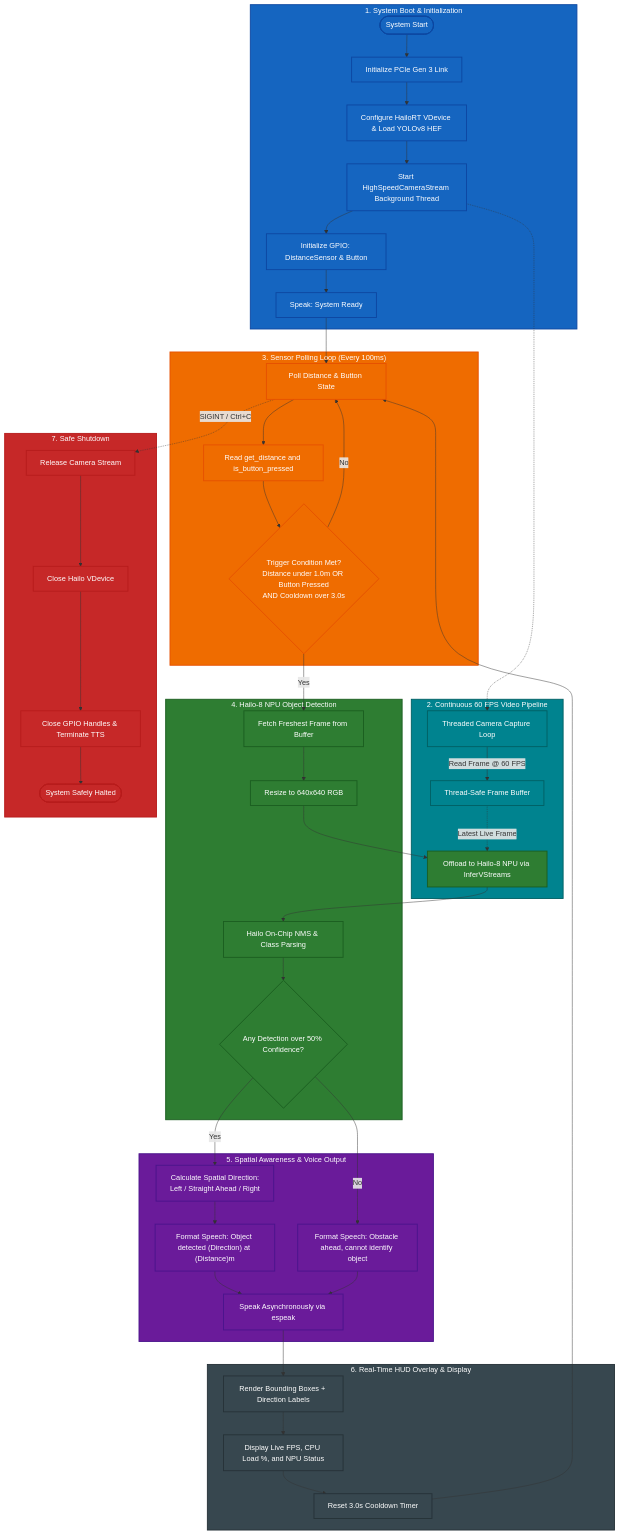
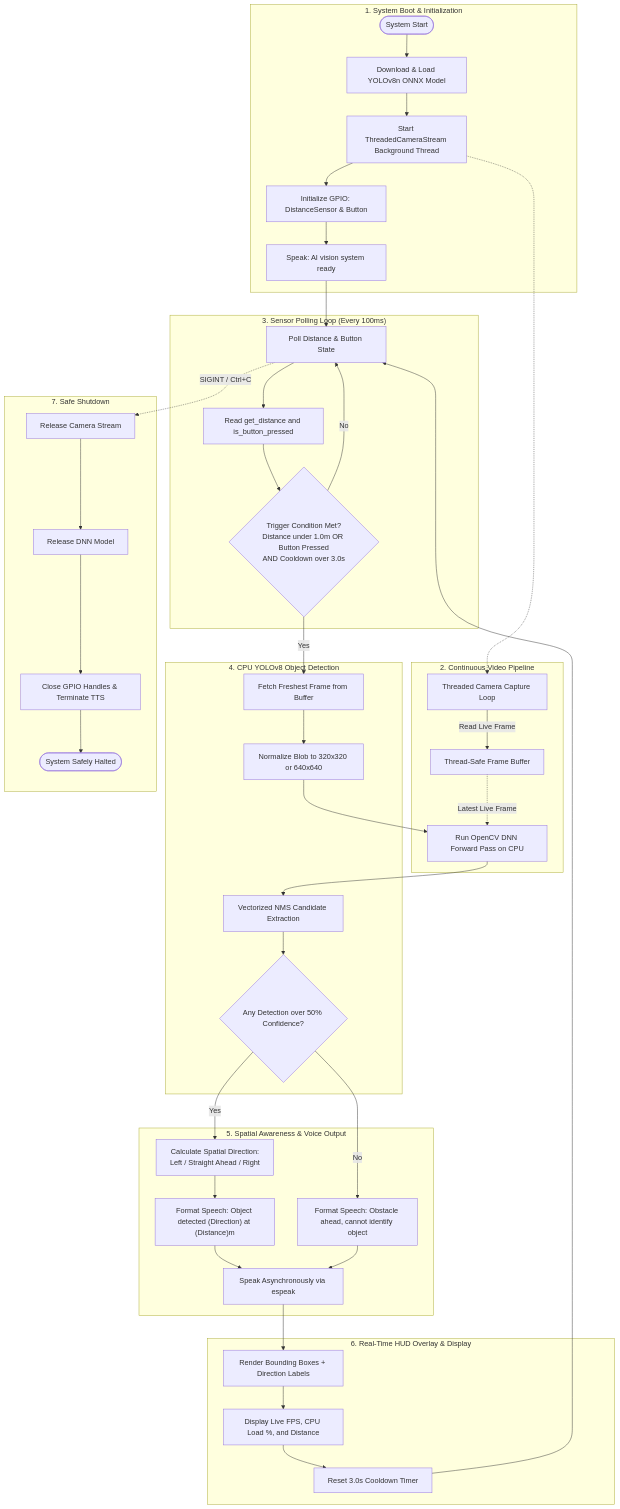
One commit to rootnode-rebels/object-detection changed the second of 2 diagrams in README.md. Above: the diagram before and after it, drawn with Mermaid. The commit also changed other lines of this file and 7 other files, not shown here.

Commit message:
refactor: remove NPU dependency and switch to CPU-optimized YOLOv8 architecture

````diff
--- a/README.md
+++ b/README.md
@@ -147,70 +137,53 @@
 ```mermaid
 flowchart TD
     subgraph Initialization ["1. System Boot & Initialization"]
-        INIT_START(["System Start"]) --> PCIE_INIT["Initialize PCIe Gen 3 Link"]
-        PCIE_INIT --> HAILO_INIT["Configure HailoRT VDevice & Load YOLOv8 HEF"]
-        HAILO_INIT --> CAM_INIT["Start HighSpeedCameraStream Background Thread"]
+        INIT_START(["System Start"]) --> YOLO_INIT["Download & Load YOLOv8n ONNX Model"]
+        YOLO_INIT --> CAM_INIT["Start ThreadedCameraStream Background Thread"]
         CAM_INIT --> GPIO_INIT["Initialize GPIO: DistanceSensor & Button"]
-        GPIO_INIT --> READY_VOICE["Speak: System Ready"]
+        GPIO_INIT --> READY_VOICE["Speak: AI vision system ready"]
     end
 
-    subgraph Streaming ["2. Continuous 60 FPS Video Pipeline"]
+    subgraph Streaming ["2. Continuous Video Pipeline"]
         CAM_INIT -.-> CAM_LOOP["Threaded Camera Capture Loop"]
-        CAM_LOOP -->|"Read Frame @ 60 FPS"| BUFFER["Thread-Safe Frame Buffer"]
-        BUFFER -.->|"Latest Live Frame"| NPU_INFER
+        CAM_LOOP -->|"Read Live Frame"| BUFFER["Thread-Safe Frame Buffer"]
+        BUFFER -.->|"Latest Live Frame"| CPU_INFER
     end
 
     subgraph Polling ["3. Sensor Polling Loop (Every 100ms)"]
         READY_VOICE --> LOOP_START["Poll Distance & Button State"]
         LOOP_START --> READ_SENSORS["Read get_distance and is_button_pressed"]
         READ_SENSORS --> TRIGGER_CHECK{"Trigger Condition Met?<br/>Distance under 1.0m OR Button Pressed<br/>AND Cooldown over 3.0s"}
     end
 
     TRIGGER_CHECK -- No --> LOOP_START
 
-    subgraph AI_Inference ["4. Hailo-8 NPU Object Detection"]
+    subgraph AI_Inference ["4. CPU YOLOv8 Object Detection"]
         TRIGGER_CHECK -- Yes --> GRAB_FRAME["Fetch Freshest Frame from Buffer"]
-        GRAB_FRAME --> RESIZE["Resize to 640x640 RGB"]
-        RESIZE --> NPU_INFER["Offload to Hailo-8 NPU via InferVStreams"]
-        NPU_INFER --> NMS["Hailo On-Chip NMS & Class Parsing"]
+        GRAB_FRAME --> RESIZE["Normalize Blob to 320x320 or 640x640"]
+        RESIZE --> CPU_INFER["Run OpenCV DNN Forward Pass on CPU"]
+        CPU_INFER --> NMS["Vectorized NMS Candidate Extraction"]
         NMS --> FILTER_CONF{"Any Detection over 50% Confidence?"}
     end
 
     subgraph Audio_Feedback ["5. Spatial Awareness & Voice Output"]
         FILTER_CONF -- Yes --> CALC_DIR["Calculate Spatial Direction:<br/>Left / Straight Ahead / Right"]
         CALC_DIR --> FORMAT_ALERT["Format Speech: Object detected (Direction) at (Distance)m"]
         FILTER_CONF -- No --> FORMAT_GENERIC["Format Speech: Obstacle ahead, cannot identify object"]
         FORMAT_ALERT --> SPEAK_ASYNC["Speak Asynchronously via espeak"]
         FORMAT_GENERIC --> SPEAK_ASYNC
     end
 
     subgraph Telemetry ["6. Real-Time HUD Overlay & Display"]
         SPEAK_ASYNC --> OVERLAY["Render Bounding Boxes + Direction Labels"]
-        OVERLAY --> HUD["Display Live FPS, CPU Load %, and NPU Status"]
+        OVERLAY --> HUD["Display Live FPS, CPU Load %, and Distance"]
         HUD --> RESET_TIMER["Reset 3.0s Cooldown Timer"]
         RESET_TIMER --> LOOP_START
     end
 
     subgraph Teardown ["7. Safe Shutdown"]
         LOOP_START -.->|"SIGINT / Ctrl+C"| CLEANUP["Release Camera Stream"]
-        CLEANUP --> CLOSE_HAILO["Close Hailo VDevice"]
-        CLOSE_HAILO --> CLOSE_GPIO["Close GPIO Handles & Terminate TTS"]
+        CLEANUP --> CLOSE_NET["Release DNN Model"]
+        CLOSE_NET --> CLOSE_GPIO["Close GPIO Handles & Terminate TTS"]
         CLOSE_GPIO --> EXIT(["System Safely Halted"])
     end
-
-    classDef init fill:#1565c0,stroke:#0d47a1,stroke-width:2px,color:#fff;
-    classDef stream fill:#00838f,stroke:#006064,stroke-width:2px,color:#fff;
-    classDef poll fill:#ef6c00,stroke:#e65100,stroke-width:2px,color:#fff;
-    classDef ai fill:#2e7d32,stroke:#1b5e20,stroke-width:2px,color:#fff;
-    classDef voice fill:#6a1b9a,stroke:#4a148c,stroke-width:2px,color:#fff;
-    classDef tele fill:#37474f,stroke:#263238,stroke-width:2px,color:#fff;
-    classDef stop fill:#c62828,stroke:#b71c1c,stroke-width:2px,color:#fff;
-
-    class Initialization,INIT_START,PCIE_INIT,HAILO_INIT,CAM_INIT,GPIO_INIT,READY_VOICE init;
-    class Streaming,CAM_LOOP,BUFFER stream;
-    class Polling,LOOP_START,READ_SENSORS,TRIGGER_CHECK poll;
-    class AI_Inference,GRAB_FRAME,RESIZE,NPU_INFER,NMS,FILTER_CONF ai;
-    class Audio_Feedback,CALC_DIR,FORMAT_ALERT,FORMAT_GENERIC,SPEAK_ASYNC voice;
-    class Telemetry,OVERLAY,HUD,RESET_TIMER tele;
-    class Teardown,CLEANUP,CLOSE_HAILO,CLOSE_GPIO,EXIT stop;
 ```
````
